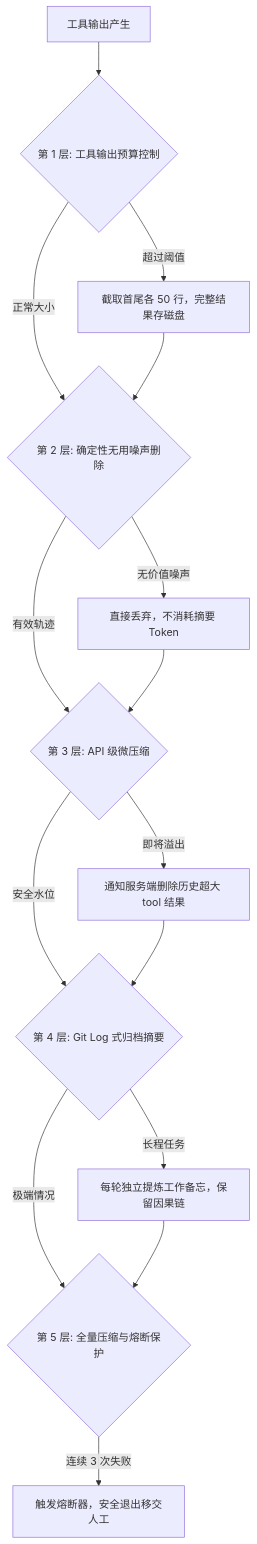
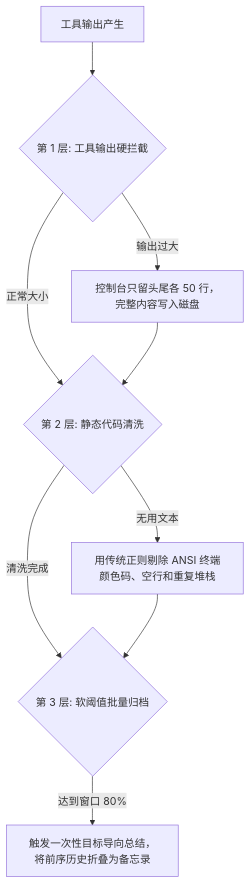
One commit to ljh12138164/ai-agent-study changed the second of 3 diagrams in app/ch02-context/05-compression-strategies/page.mdx. Above: the diagram before and after it, drawn with Mermaid. The commit also changed other lines of this file and 43 other files, not shown here.

````diff
--- a/app/ch02-context/05-compression-strategies/page.mdx
+++ b/app/ch02-context/05-compression-strategies/page.mdx
@@ -53,17 +43,11 @@
 ```mermaid
 flowchart TD
-    In[工具输出产生] --> L1{第 1 层: 工具输出预算控制}
-    L1 -->|超过阈值| D1[截取首尾各 50 行，完整结果存磁盘]
-    L1 -->|正常大小| L2{第 2 层: 确定性无用噪声删除}
+    In[工具输出产生] --> L1{第 1 层: 工具输出硬拦截}
+    L1 -->|输出过大| D1[控制台只留头尾各 50 行，完整内容写入磁盘]
+    L1 -->|正常大小| L2{第 2 层: 静态代码清洗}
     D1 --> L2
-    L2 -->|无价值噪声| D2[直接丢弃，不消耗摘要 Token]
-    L2 -->|有效轨迹| L3{第 3 层: API 级微压缩}
+    L2 -->|无用文本| D2[用传统正则剔除 ANSI 终端颜色码、空行和重复堆栈]
+    L2 -->|清洗完成| L3{第 3 层: 软阈值批量归档}
     D2 --> L3
-    L3 -->|即将溢出| D3[通知服务端删除历史超大 tool 结果]
-    L3 -->|安全水位| L4{第 4 层: Git Log 式归档摘要}
-    D3 --> L4
-    L4 -->|长程任务| D4[每轮独立提炼工作备忘，保留因果链]
-    L4 -->|极端情况| L5{第 5 层: 全量压缩与熔断保护}
-    D4 --> L5
-    L5 -->|连续 3 次失败| Exit[触发熔断器，安全退出移交人工]
+    L3 -->|达到窗口 80%| D3[触发一次性目标导向总结，将前序历史折叠为备忘录]
 ```
````
